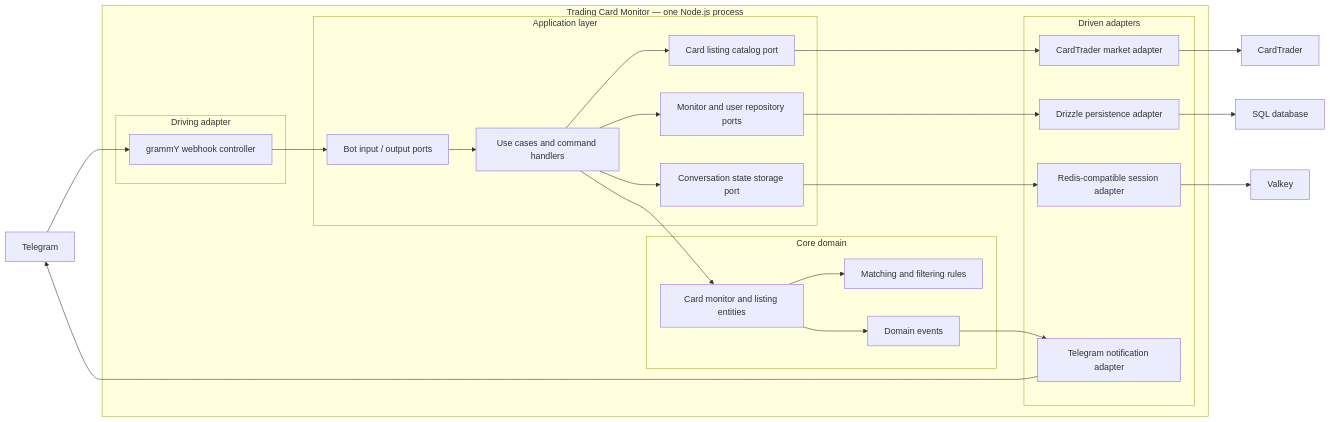
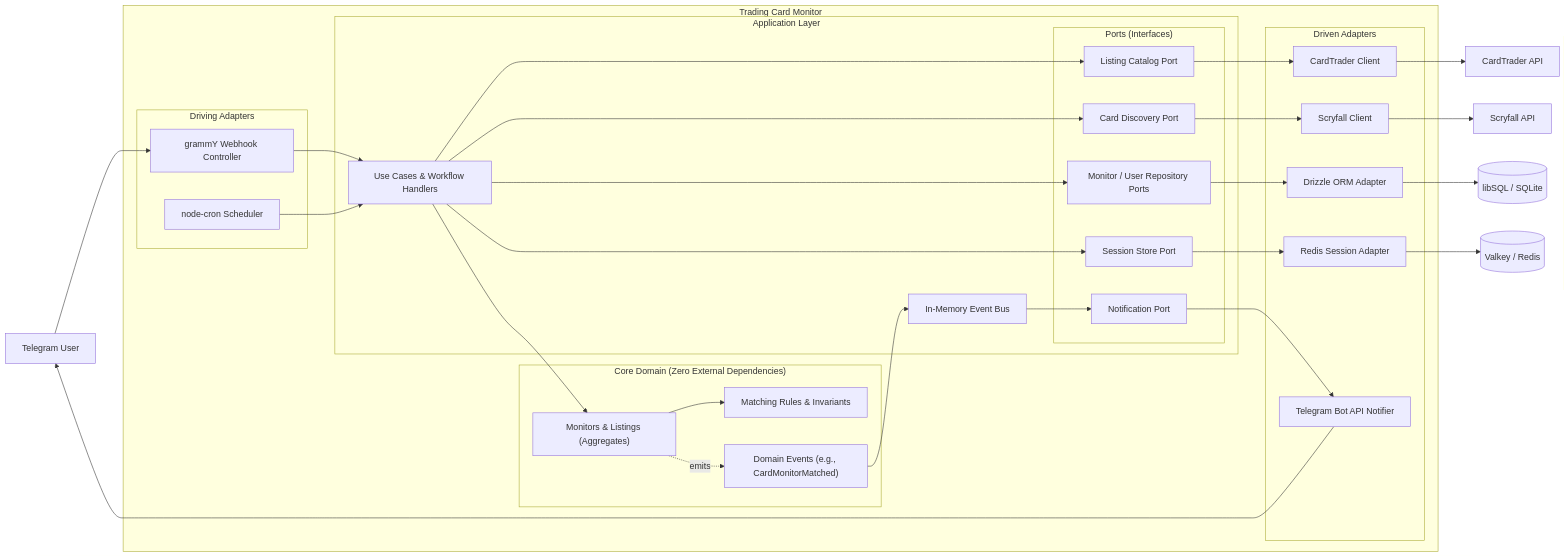
Before and after one commit to ZicNik/trading-card-monitor: the diagram in README.md, drawn with Mermaid. The commit also changed other lines of this file, not shown here.

Commit message:
Refined readme mermaid diagram

````diff
--- a/README.md
+++ b/README.md
@@ -45,53 +45,73 @@
 ```mermaid
 flowchart LR
-    Telegram["Telegram"]
-    Market["CardTrader"]
-    Database["SQL database"]
-    SessionStore["Valkey"]
+    TelegramUser["Telegram User"]
+    MarketAPI["CardTrader API"]
+    ScryfallAPI["Scryfall API"]
+    DB[(libSQL / SQLite)]
+    SessionStore[(Valkey / Redis)]
 
-    subgraph App["Trading Card Monitor — one Node.js process"]
-        subgraph Inbound["Driving adapter"]
-            Grammy["grammY webhook controller"]
+    subgraph App["Trading Card Monitor"]
+        subgraph Inbound["Driving Adapters"]
+            Grammy["grammY Webhook Controller"]
+            Cron["node-cron Scheduler"]
         end
 
-        subgraph Application["Application layer"]
-            BotPort["Bot input / output ports"]
-            UseCases["Use cases and command handlers"]
-            MarketPort["Card listing catalog port"]
-            RepoPort["Monitor and user repository ports"]
-            SessionPort["Conversation state storage port"]
+        subgraph Application["Application Layer"]
+            UseCases["Use Cases & Workflow Handlers"]
+            EventBus["In-Memory Event Bus"]
+            
+            subgraph Ports["Ports (Interfaces)"]
+                MarketPort["Listing Catalog Port"]
+                MetadataPort["Card Discovery Port"]
+                RepoPort["Monitor / User Repository Ports"]
+                SessionPort["Session Store Port"]
+                NotifyPort["Notification Port"]
+            end
         end
 
-        subgraph Domain["Core domain"]
-            Entities["Card monitor and listing entities"]
-            Rules["Matching and filtering rules"]
-            Events["Domain events"]
+        subgraph Domain["Core Domain (Zero External Dependencies)"]
+            Aggregates["Monitors & Listings (Aggregates)"]
+            Rules["Matching Rules & Invariants"]
+            Events["Domain Events (e.g., CardMonitorMatched)"]
         end
 
-        subgraph Outbound["Driven adapters"]
-            CardTraderAdapter["CardTrader market adapter"]
-            DrizzleAdapter["Drizzle persistence adapter"]
-            RedisAdapter["Redis-compatible session adapter"]
-            Notifier["Telegram notification adapter"]
+        subgraph Outbound["Driven Adapters"]
+            CardTraderAdapter["CardTrader Client"]
+            ScryfallAdapter["Scryfall Client"]
+            DrizzleAdapter["Drizzle ORM Adapter"]
+            RedisAdapter["Redis Session Adapter"]
+            TelegramAdapter["Telegram Bot API Notifier"]
         end
-
-        Grammy --> BotPort
-        BotPort --> UseCases
-        UseCases --> Entities
-        UseCases --> MarketPort
-        UseCases --> RepoPort
-        UseCases --> SessionPort
-        Entities --> Rules
-        Entities --> Events
-        MarketPort --> CardTraderAdapter
-        RepoPort --> DrizzleAdapter
-        SessionPort --> RedisAdapter
-        Events --> Notifier
     end
 
-    Telegram --> Grammy
-    CardTraderAdapter --> Market
-    DrizzleAdapter --> Database
+    %% Driving Flows
+    TelegramUser --> Grammy
+    Grammy --> UseCases
+    Cron --> UseCases
+
+    %% Core Application Flows
+    UseCases --> Aggregates
+    Aggregates --> Rules
+    Aggregates -.->|emits| Events
+    Events --> EventBus
+    EventBus --> NotifyPort
+
+    %% Port to Adapter Connections
+    UseCases --> MarketPort
+    UseCases --> MetadataPort
+    UseCases --> RepoPort
+    UseCases --> SessionPort
+
+    MarketPort --> CardTraderAdapter
+    MetadataPort --> ScryfallAdapter
+    RepoPort --> DrizzleAdapter
+    SessionPort --> RedisAdapter
+    NotifyPort --> TelegramAdapter
+
+    %% Outbound Infrastructure
+    CardTraderAdapter --> MarketAPI
+    ScryfallAdapter --> ScryfallAPI
+    DrizzleAdapter --> DB
     RedisAdapter --> SessionStore
-    Notifier --> Telegram
+    TelegramAdapter --> TelegramUser
 ```
````
